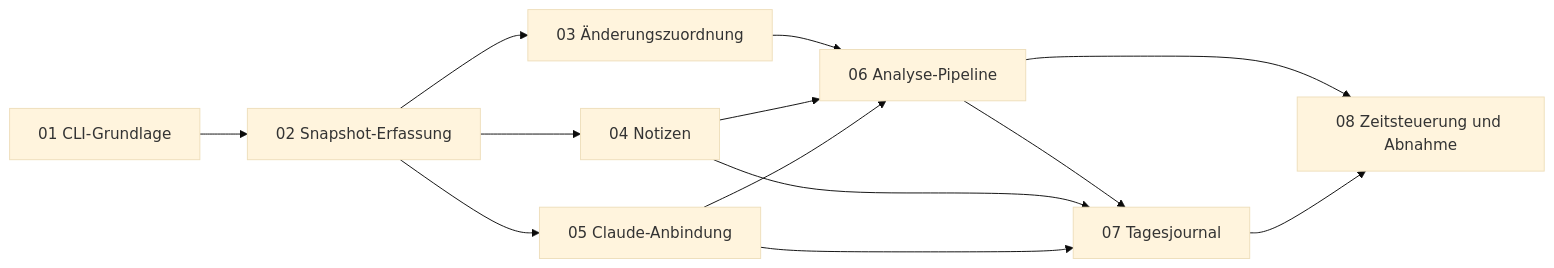
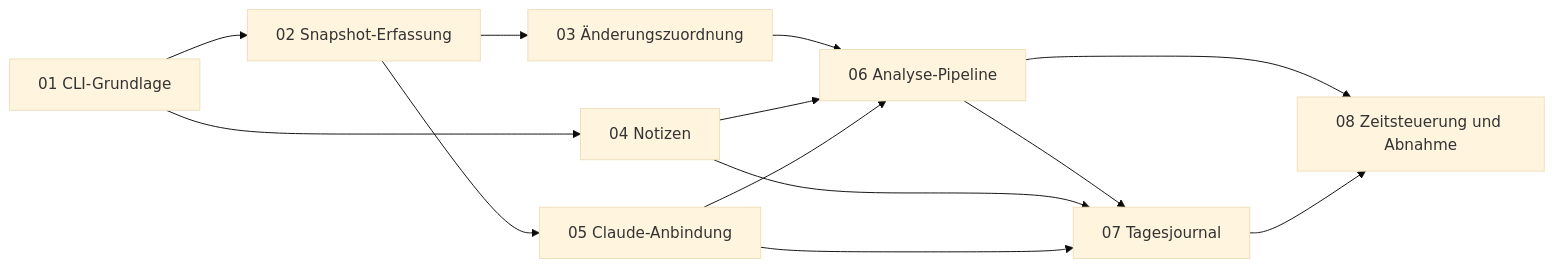
Before and after one commit to AlexMarrer/ipa-tool: the diagram in docs/implementation/README.md, drawn with Mermaid (base theme). The commit also changed other lines of this file and 21 other files, not shown here.

````diff
--- a/docs/implementation/README.md
+++ b/docs/implementation/README.md
@@ -32,15 +32,15 @@
 ```mermaid
 graph LR
   P01[01 CLI-Grundlage] --> P02[02 Snapshot-Erfassung]
   P02 --> P03[03 Änderungszuordnung]
-  P02 --> P04[04 Notizen]
+  P01 --> P04[04 Notizen]
   P02 --> P05[05 Claude-Anbindung]
   P03 --> P06[06 Analyse-Pipeline]
   P04 --> P06
   P05 --> P06
   P06 --> P07[07 Tagesjournal]
   P04 --> P07
   P05 --> P07
   P06 --> P08[08 Zeitsteuerung und Abnahme]
   P07 --> P08
 ```
````
